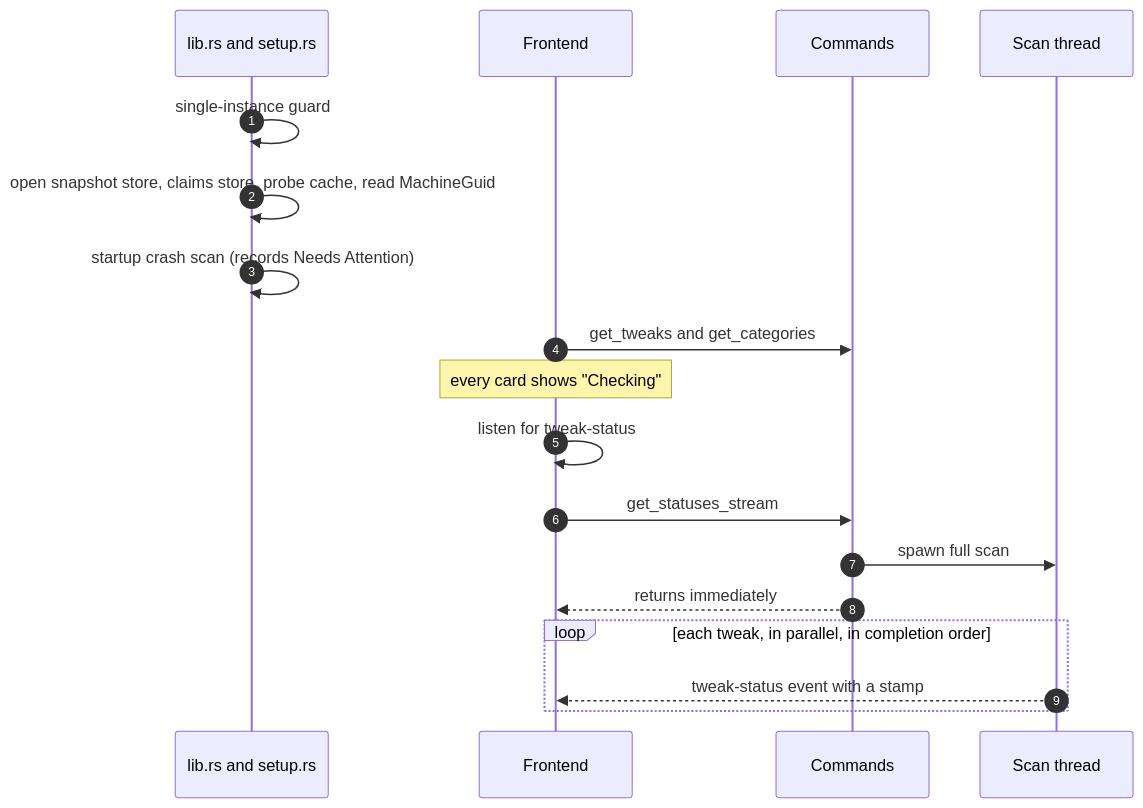
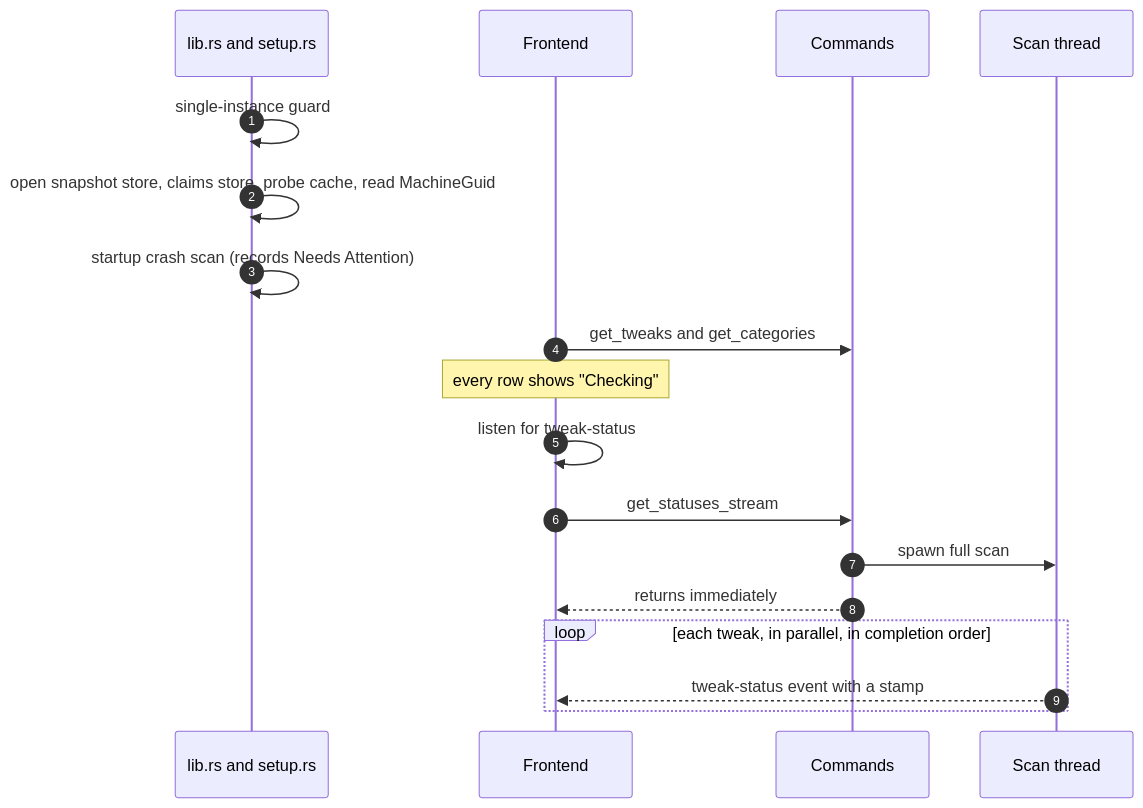
Before and after one commit to ehsan18t/magicx-toolbox-gui: the first of 2 diagrams in docs/architecture/tweak/commands-and-ui.md, drawn with Mermaid. The commit also changed other lines of this file and 337 other files, not shown here.

````diff
--- a/docs/architecture/tweak/commands-and-ui.md
+++ b/docs/architecture/tweak/commands-and-ui.md
@@ -39,21 +39,21 @@
 ```mermaid
 sequenceDiagram
   autonumber
   participant L as lib.rs and setup.rs
   participant FE as Frontend
   participant CMD as Commands
   participant SCAN as Scan thread
 
   L->>L: single-instance guard
   L->>L: open snapshot store, claims store, probe cache, read MachineGuid
   L->>L: startup crash scan (records Needs Attention)
   FE->>CMD: get_tweaks and get_categories
-  Note over FE: every card shows "Checking"
+  Note over FE: every row shows "Checking"
   FE->>FE: listen for tweak-status
   FE->>CMD: get_statuses_stream
   CMD->>SCAN: spawn full scan
   CMD-->>FE: returns immediately
   loop each tweak, in parallel, in completion order
     SCAN-->>FE: tweak-status event with a stamp
   end
 ```
````
